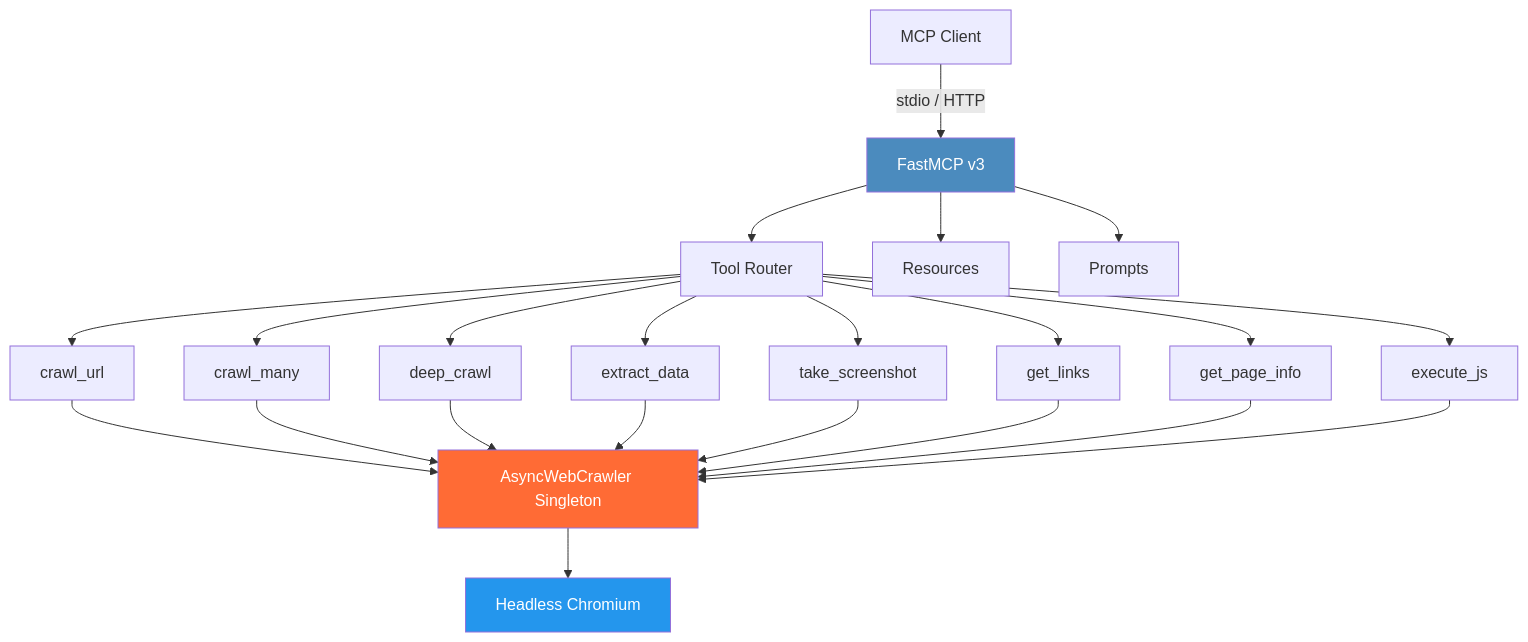
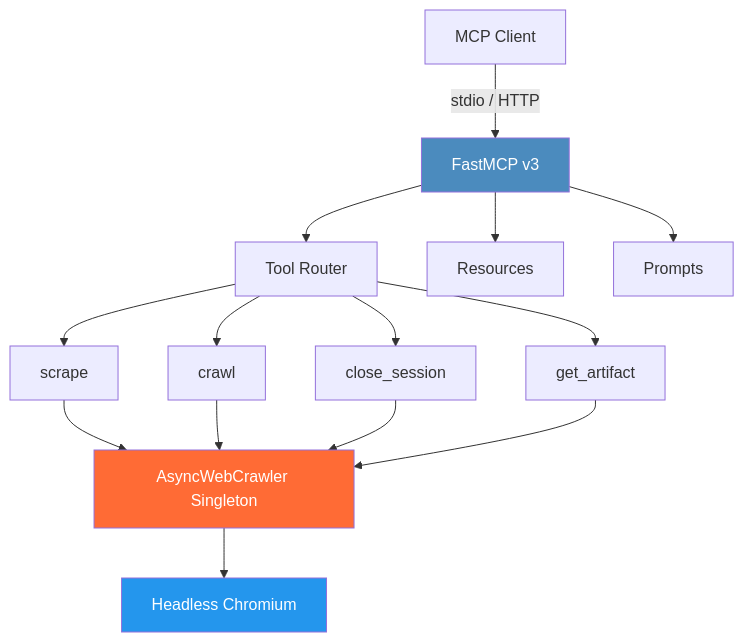
The diagram in README.md (wyattowalsh/mcp-crawl4ai), drawn with Mermaid before and after one commit. The commit also changed other lines of this file and 26 other files, not shown here.

````diff
--- a/README.md
+++ b/README.md
@@ -368,21 +228,17 @@
 ```mermaid
 graph TD
     A[MCP Client] -->|stdio / HTTP| B[FastMCP v3]
     B --> C[Tool Router]
-    C --> D[crawl_url]
-    C --> E[crawl_many]
-    C --> F[deep_crawl]
-    C --> G[extract_data]
-    C --> H[take_screenshot]
-    C --> I[get_links]
-    C --> J[get_page_info]
-    C --> K[execute_js]
-    D & E & F & G & H & I & J & K --> L[AsyncWebCrawler Singleton]
-    L --> M[Headless Chromium]
-    B --> N[Resources]
-    B --> O[Prompts]
+    C --> D[scrape]
+    C --> E[crawl]
+    C --> F[close_session]
+    C --> G[get_artifact]
+    D & E & F & G --> N[AsyncWebCrawler Singleton]
+    N --> O[Headless Chromium]
+    B --> P[Resources]
+    B --> Q[Prompts]
 
     style B fill:#4B8BBE,color:#fff
-    style L fill:#FF6B35,color:#fff
-    style M fill:#2496ED,color:#fff
+    style N fill:#FF6B35,color:#fff
+    style O fill:#2496ED,color:#fff
 ```
````
